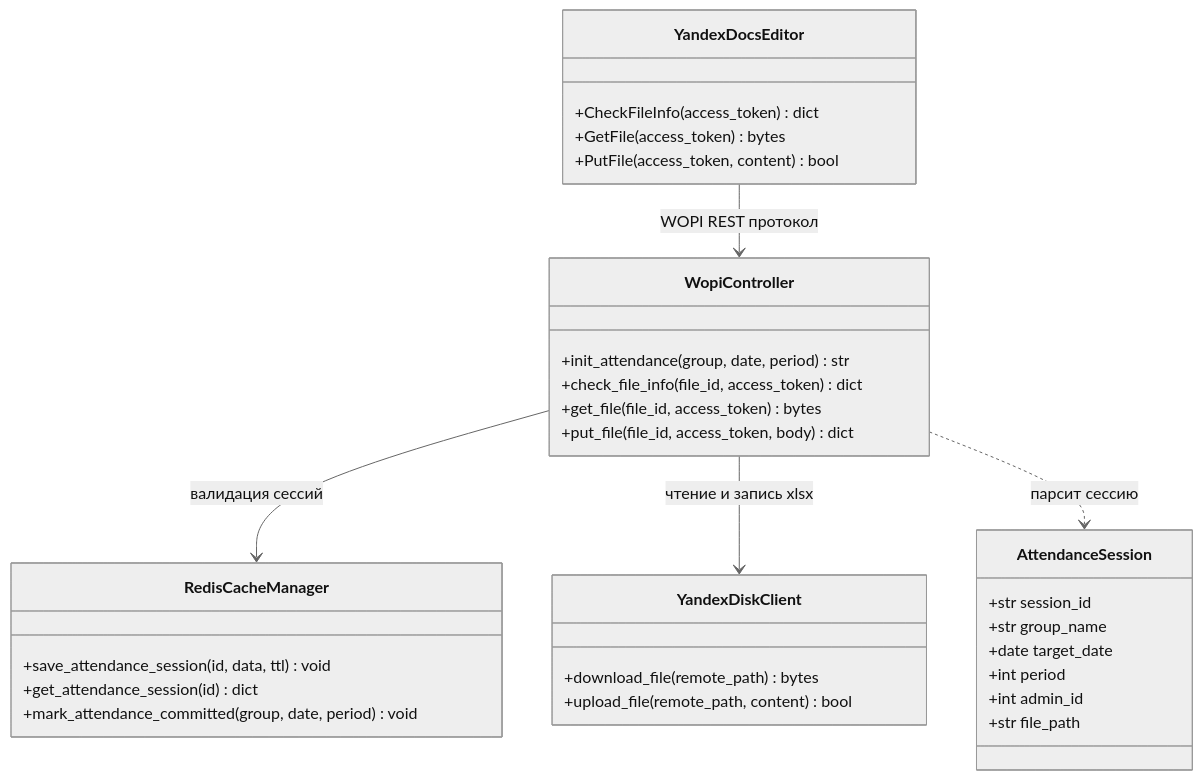
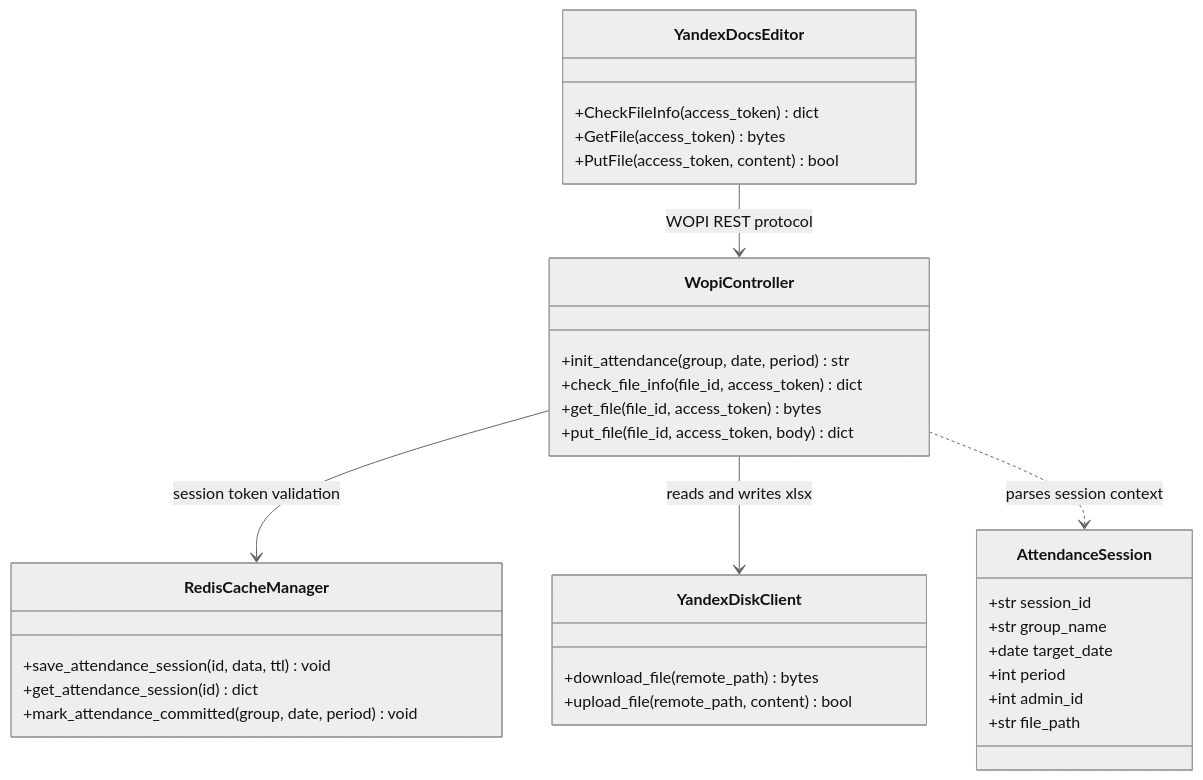
Before and after one commit to Utkautka1/para: the sixth of 7 diagrams in docs/UML.md, drawn with Mermaid (neutral theme). The commit also changed other lines of this file, not shown here.

Commit message:
docs: перевести UML.md и связи диаграмм на английский язык

````diff
--- a/docs/UML.md
+++ b/docs/UML.md
@@ -409,42 +409,42 @@
 ```mermaid
 classDiagram
     direction TB
 
     class AttendanceSession {
         +str session_id
         +str group_name
         +date target_date
         +int period
         +int admin_id
         +str file_path
     }
 
     class WopiController {
         +init_attendance(group, date, period) str
         +check_file_info(file_id, access_token) dict
         +get_file(file_id, access_token) bytes
         +put_file(file_id, access_token, body) dict
     }
 
     class RedisCacheManager {
         +save_attendance_session(id, data, ttl) void
         +get_attendance_session(id) dict
         +mark_attendance_committed(group, date, period) void
     }
 
     class YandexDiskClient {
         +download_file(remote_path) bytes
         +upload_file(remote_path, content) bool
     }
 
     class YandexDocsEditor {
         +CheckFileInfo(access_token) dict
         +GetFile(access_token) bytes
         +PutFile(access_token, content) bool
     }
 
-    WopiController --> RedisCacheManager : валидация сессий
-    WopiController --> YandexDiskClient : чтение и запись xlsx
-    WopiController ..> AttendanceSession : парсит сессию
-    YandexDocsEditor --> WopiController : WOPI REST протокол
+    WopiController --> RedisCacheManager : session token validation
+    WopiController --> YandexDiskClient : reads and writes xlsx
+    WopiController ..> AttendanceSession : parses session context
+    YandexDocsEditor --> WopiController : WOPI REST protocol
 ```
````
